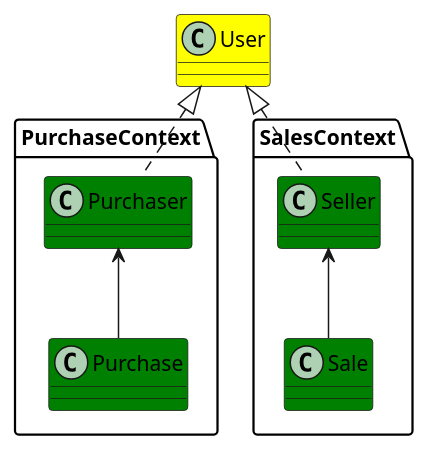
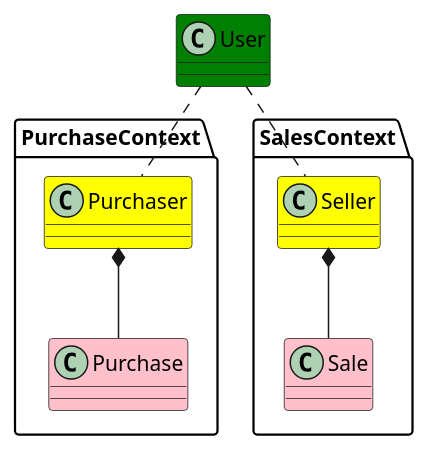
The diagram in prompts/rules/README.md (JayClock/platform), drawn with PlantUML before and after one commit.

Commit message:
docs(diagram): update class colors and relationships in UML

````diff
--- a/prompts/rules/README.md
+++ b/prompts/rules/README.md
@@ -2,27 +2,27 @@
 ```plantuml
-class User #yellow {
+class User #green {
 }
 
 namespace PurchaseContext{
-    class Purchaser #green {
+    class Purchaser #yellow {
     }
     
-    class Purchase #green {
+    class Purchase #pink {
     }
     
-    Purchaser <-- Purchase
+    Purchaser *-- Purchase
 }
 
 namespace SalesContext{
-    class Seller #green {
+    class Seller #yellow {
     }
     
-    class Sale #green {
+    class Sale #pink {
     }
     
-    Seller <-- Sale
+    Seller *-- Sale
 }
 
-User <|.. Purchaser
-User <|.. Seller
+User .. Purchaser
+User .. Seller
 ```
````
